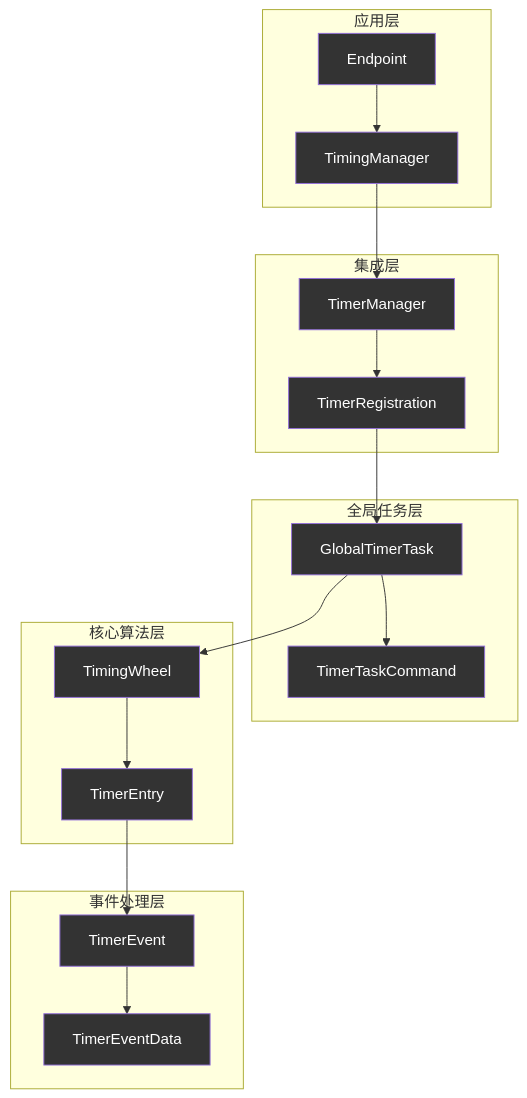
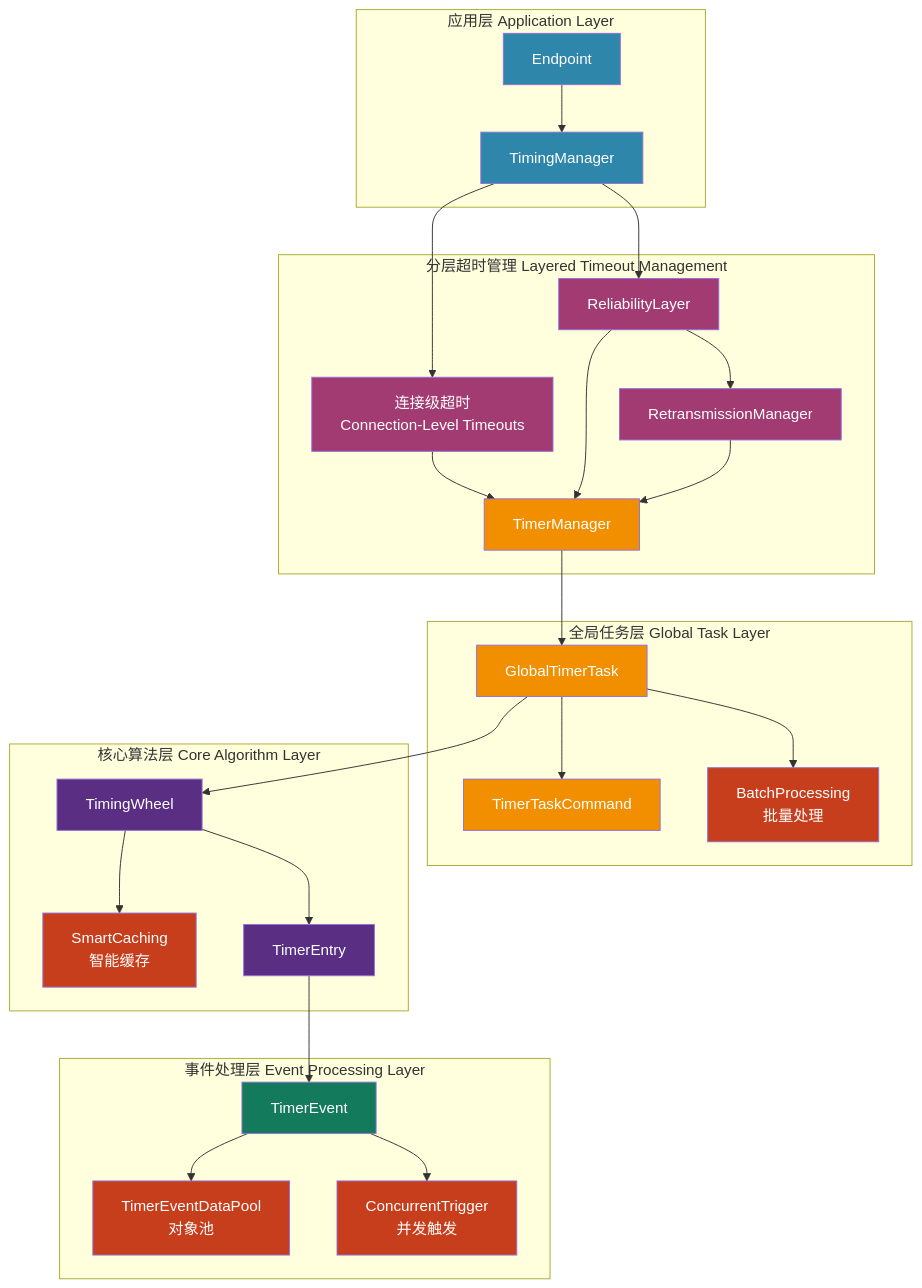
One commit to ShaoG-R/kestrel-protocol changed the first of 3 diagrams in docs/src/dev-docs/components/timer.md. Above: the diagram before and after it, drawn with Mermaid. The commit also changed other lines of this file, not shown here.

````diff
--- a/docs/src/dev-docs/components/timer.md
+++ b/docs/src/dev-docs/components/timer.md
@@ -40,37 +41,49 @@
 ```mermaid
 graph TD
-    subgraph "应用层"
+    subgraph "应用层 Application Layer"
         A[Endpoint] --> B[TimingManager]
     end
     
-    subgraph "集成层"
-        B --> C[TimerManager]
-        C --> D[TimerRegistration]
+    subgraph "分层超时管理 Layered Timeout Management"
+        B --> C[连接级超时<br/>Connection-Level Timeouts]
+        B --> D[ReliabilityLayer]
+        D --> E[RetransmissionManager]
+        C --> F[TimerManager]
+        D --> F
+        E --> F
     end
     
-    subgraph "全局任务层"
-        D --> E[GlobalTimerTask]
-        E --> F[TimerTaskCommand]
+    subgraph "全局任务层 Global Task Layer"
+        F --> G[GlobalTimerTask]
+        G --> H[TimerTaskCommand]
+        G --> I[BatchProcessing<br/>批量处理]
     end
     
-    subgraph "核心算法层"
-        E --> G[TimingWheel]
-        G --> H[TimerEntry]
+    subgraph "核心算法层 Core Algorithm Layer"
+        G --> J[TimingWheel]
+        J --> K[SmartCaching<br/>智能缓存]
+        J --> L[TimerEntry]
     end
     
-    subgraph "事件处理层"
-        H --> I[TimerEvent]
-        I --> J[TimerEventData]
+    subgraph "事件处理层 Event Processing Layer"
+        L --> M[TimerEvent]
+        M --> N[TimerEventDataPool<br/>对象池]
+        M --> O[ConcurrentTrigger<br/>并发触发]
     end
 
-    style A fill:#333,color:#fff
-    style B fill:#333,color:#fff
-    style C fill:#333,color:#fff
-    style D fill:#333,color:#fff
-    style E fill:#333,color:#fff
-    style F fill:#333,color:#fff
-    style G fill:#333,color:#fff
-    style H fill:#333,color:#fff
-    style I fill:#333,color:#fff
-    style J fill:#333,color:#fff
+    style A fill:#2E86AB,color:#fff
+    style B fill:#2E86AB,color:#fff
+    style C fill:#A23B72,color:#fff
+    style D fill:#A23B72,color:#fff
+    style E fill:#A23B72,color:#fff
+    style F fill:#F18F01,color:#fff
+    style G fill:#F18F01,color:#fff
+    style H fill:#F18F01,color:#fff
+    style I fill:#C73E1D,color:#fff
+    style J fill:#592E83,color:#fff
+    style K fill:#C73E1D,color:#fff
+    style L fill:#592E83,color:#fff
+    style M fill:#147A5C,color:#fff
+    style N fill:#C73E1D,color:#fff
+    style O fill:#C73E1D,color:#fff
 ```
````
